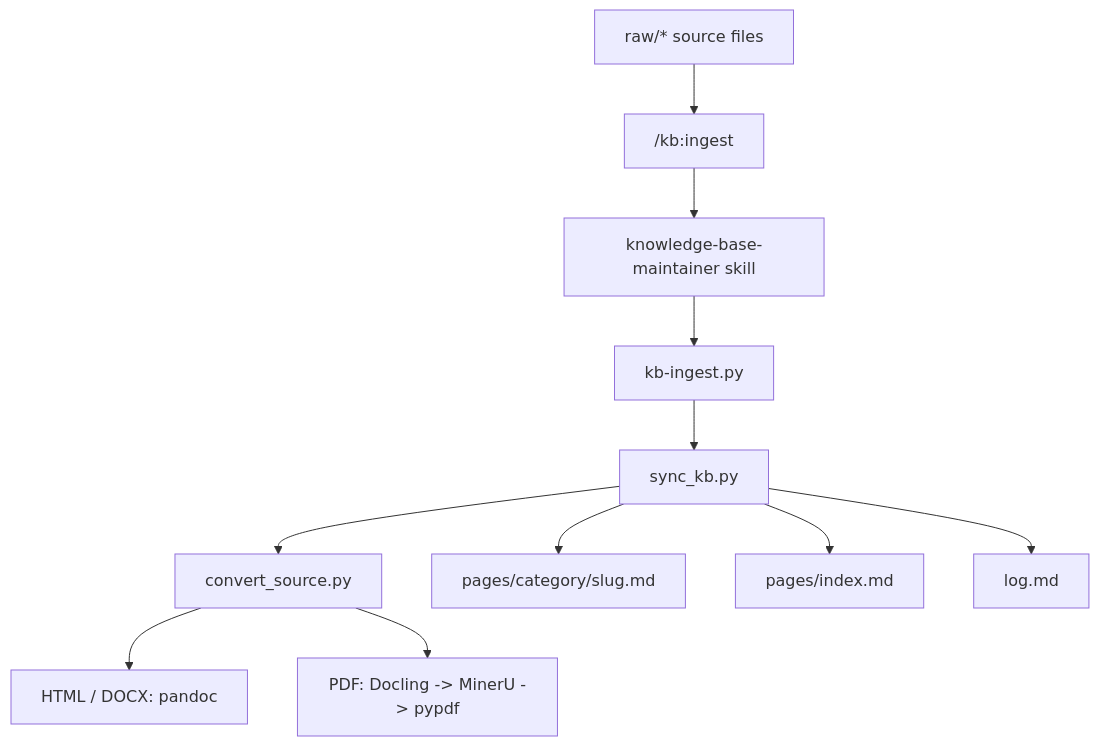
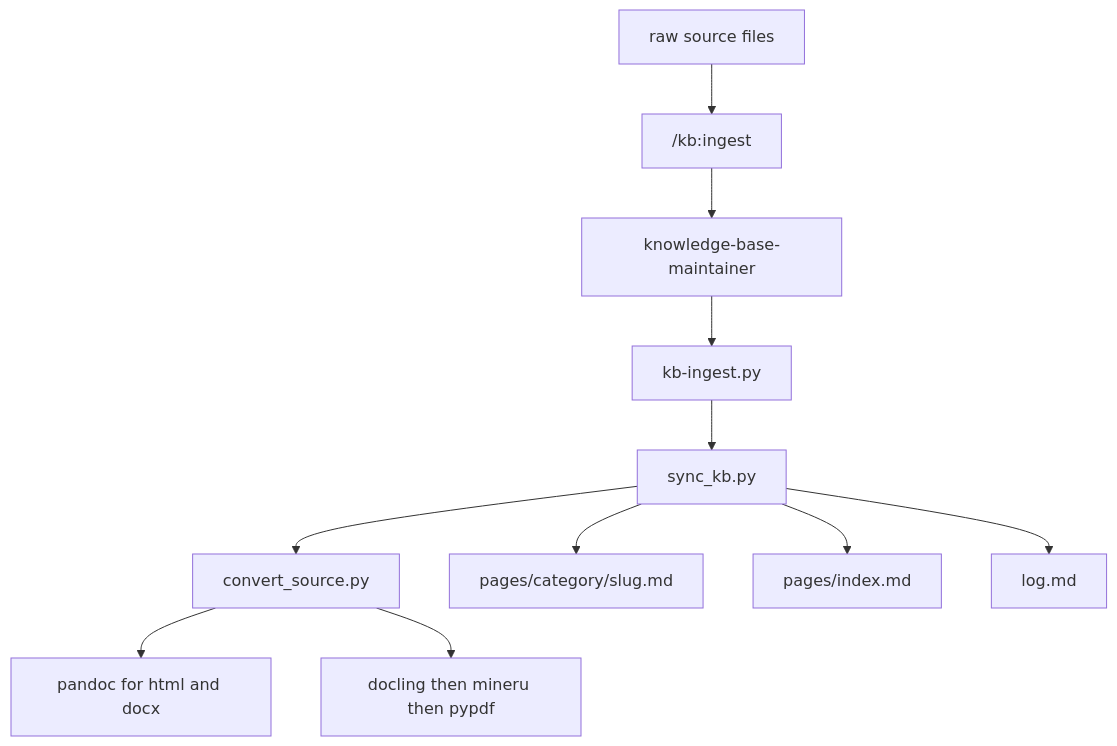
One commit to Playitcooool/wiki-knowledge-base-skill changed the first of 2 diagrams in README.md. Above: the diagram before and after it, drawn with Mermaid. The commit also changed other lines of this file and 2 other files, not shown here.

````diff
--- a/README.md
+++ b/README.md
@@ -109,13 +91,13 @@
 ```mermaid
 graph TD
-    A["raw/* source files"] --> B["/kb:ingest"]
-    B --> C["knowledge-base-maintainer skill"]
+    A["raw source files"] --> B["/kb:ingest"]
+    B --> C["knowledge-base-maintainer"]
     C --> D["kb-ingest.py"]
     D --> E["sync_kb.py"]
     E --> F["convert_source.py"]
-    F --> F1["HTML / DOCX: pandoc"]
-    F --> F2["PDF: Docling -> MinerU -> pypdf"]
+    F --> F1["pandoc for html and docx"]
+    F --> F2["docling then mineru then pypdf"]
     E --> G["pages/category/slug.md"]
     E --> H["pages/index.md"]
     E --> I["log.md"]
 ```
````
